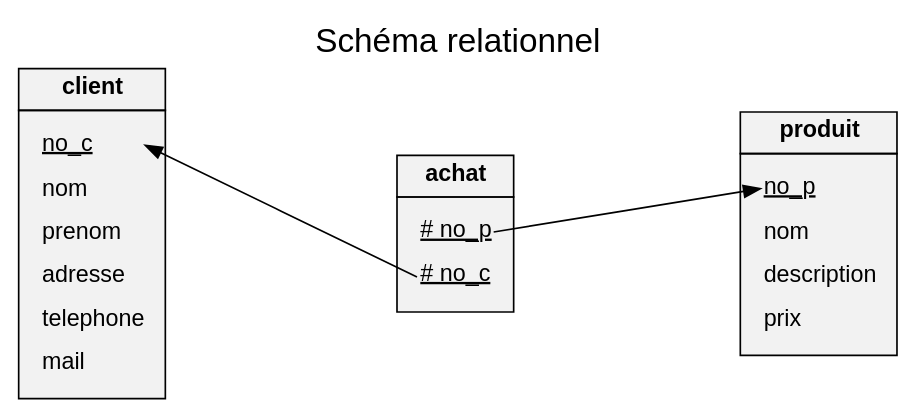
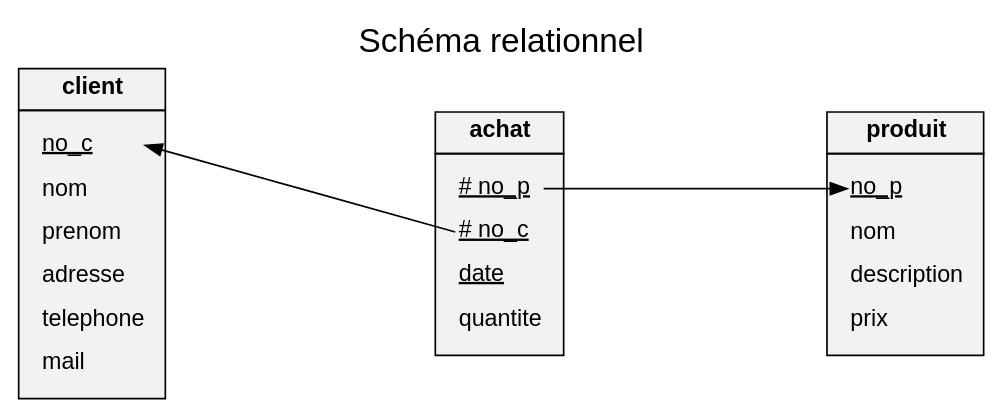
Before and after one commit to t-doc-org/informatique: the third of 3 diagrams in docs/bases-de-donnees/bd-relationnelle.md, drawn with Graphviz.

Commit message:
Modification du document.

````diff
--- a/docs/bases-de-donnees/bd-relationnelle.md
+++ b/docs/bases-de-donnees/bd-relationnelle.md
@@ -210,68 +210,70 @@
 ```{graphviz}
 :align: center
 digraph UML_Class_diagram {
   graph [
     label="Schéma relationnel"
     labelloc="t"
     fontname="Helvetica,Arial,sans-serif"
     fontsize="20pt"
     layout="circo"
   ]
   node [
     fontname="Helvetica,Arial,sans-serif"
     shape=record
     style=filled
     fillcolor=gray95
   ]
   edge [fontname="Helvetica,Arial,sans-serif"]
   edge [style=solid]
   Class3:a1 -> Class1:p1
   Class3:a2 -> Class2:c1
 
   Class1 [
     shape=plain
     label=<<table border="0" cellborder="1" cellspacing="0" cellpadding="4">
       <tr> <td> <b>produit</b> </td> </tr>
       <tr> <td>
         <table border="0" cellborder="0" cellspacing="7" >
           <tr> <td align="left" port="p1"><u>no_p</u></td> </tr>
           <tr> <td port="p2" align="left" >nom</td> </tr>
           <tr> <td port="p3" align="left" >description</td> </tr>
           <tr> <td port="p4" align="left" >prix</td> </tr>
         </table>
       </td> </tr>
     </table>>
   ]
 
   Class2 [
     shape=plain
     label=<<table border="0" cellborder="1" cellspacing="0" cellpadding="4">
       <tr> <td> <b>client</b> </td> </tr>
       <tr> <td>
         <table border="0" cellborder="0" cellspacing="7" >
           <tr> <td align="left" port="c1"><u>no_c</u></td> </tr>
           <tr> <td port="c2" align="left" >nom</td> </tr>
           <tr> <td port="c3" align="left" >prenom</td> </tr>
           <tr> <td port="c4" align="left" >adresse</td> </tr>
           <tr> <td port="c5" align="left" >telephone</td> </tr>
           <tr> <td port="c6" align="left" >mail</td> </tr>
         </table>
       </td> </tr>
     </table>>
   ]
 
   Class3 [
     shape=plain
     label=<<table border="0" cellborder="1" cellspacing="0" cellpadding="4">
       <tr> <td> <b>achat</b> </td> </tr>
       <tr> <td>
         <table border="0" cellborder="0" cellspacing="7" >
           <tr> <td align="left" port="a1"><u># no_p</u></td> </tr>
           <tr> <td port="a2" align="left" ><u># no_c</u></td> </tr>
+          <tr> <td port="a2" align="left" ><u>date</u></td> </tr>
+          <tr> <td port="a2" align="left" >quantite</td> </tr>
         </table>
       </td> </tr>
     </table>>
   ]
 
 }
 ```
````
